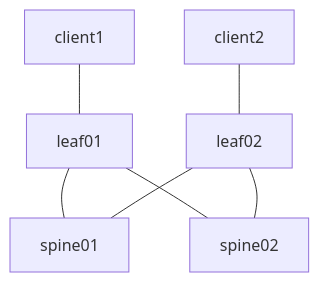
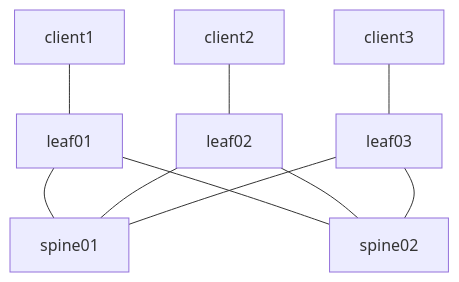
The diagram in labs/crpd/evpn-vxlan-01/README.md (dbono711/clab-networks), drawn with Mermaid before and after one commit. The commit also changed other lines of this file and 16 other files, not shown here.

````diff
--- a/labs/crpd/evpn-vxlan-01/README.md
+++ b/labs/crpd/evpn-vxlan-01/README.md
@@ -7,9 +7,12 @@
 ```mermaid
 graph TD
-  client2---leaf02
   leaf01---spine01
   leaf01---spine02
   leaf02---spine01
   leaf02---spine02
+  leaf03---spine01
+  leaf03---spine02
   client1---leaf01
+  client2---leaf02
+  client3---leaf03
 ```
````
